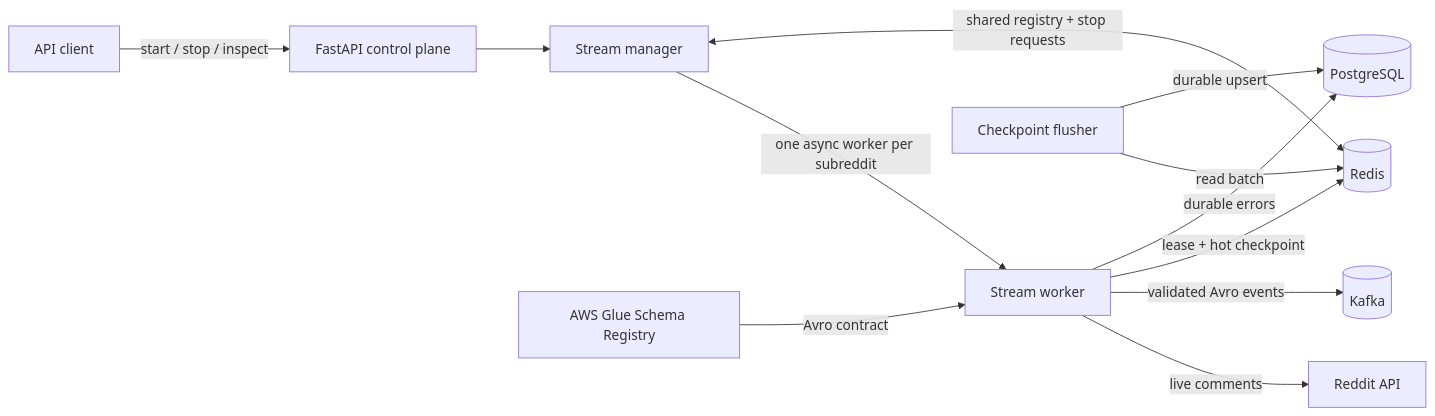
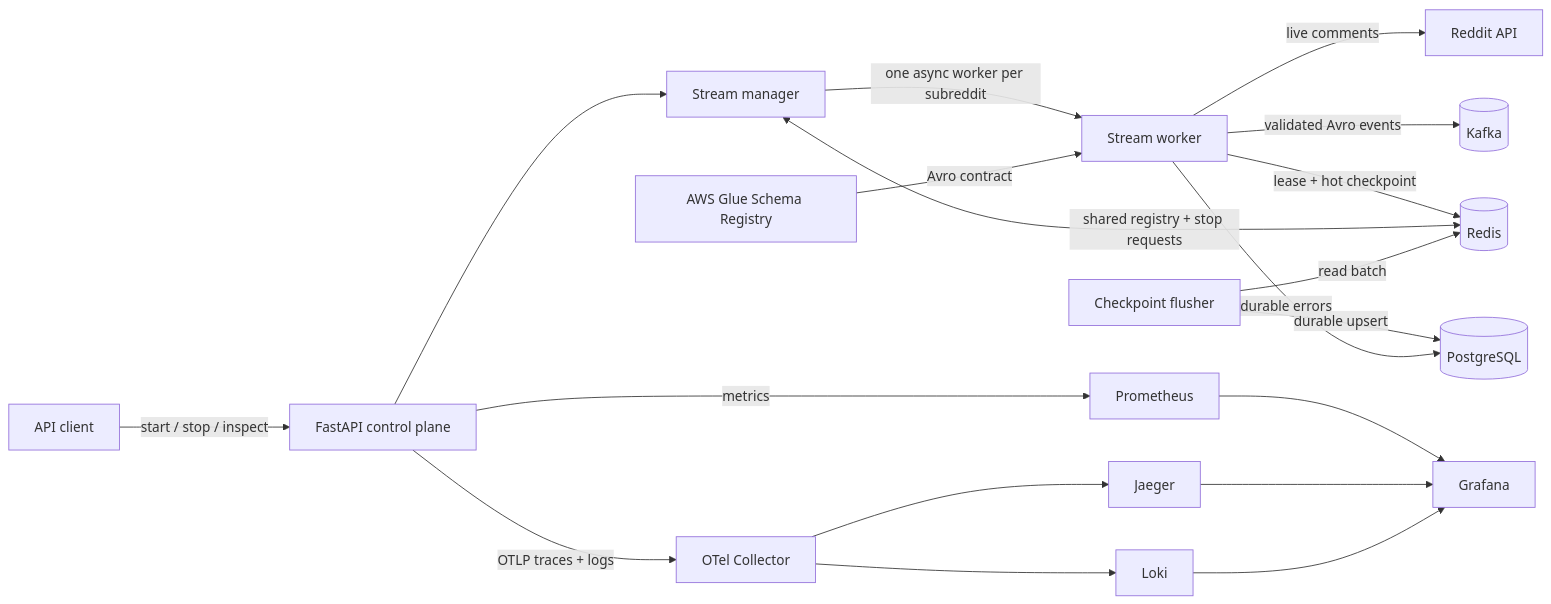
Before and after one commit to HassanRady/reddit_kafka: the diagram in README.md, drawn with Mermaid. The commit also changed other lines of this file and 2 other files, not shown here.

````diff
--- a/README.md
+++ b/README.md
@@ -35,14 +39,21 @@
 ```mermaid
 flowchart LR
     Client[API client] -->|start / stop / inspect| API[FastAPI control plane]
     API --> Manager[Stream manager]
     Manager -->|one async worker per subreddit| Worker[Stream worker]
     Worker -->|live comments| Reddit[Reddit API]
     Worker -->|validated Avro events| Kafka[(Kafka)]
     Worker -->|lease + hot checkpoint| Redis[(Redis)]
     Manager <-->|shared registry + stop requests| Redis
     Flusher[Checkpoint flusher] -->|read batch| Redis
     Flusher -->|durable upsert| Postgres[(PostgreSQL)]
     Worker -->|durable errors| Postgres
     Glue[AWS Glue Schema Registry] -->|Avro contract| Worker
+    API -->|metrics| Prometheus[Prometheus]
+    API -->|OTLP traces + logs| Collector[OTel Collector]
+    Collector --> Jaeger
+    Collector --> Loki
+    Prometheus --> Grafana
+    Jaeger --> Grafana
+    Loki --> Grafana
 ```
````
